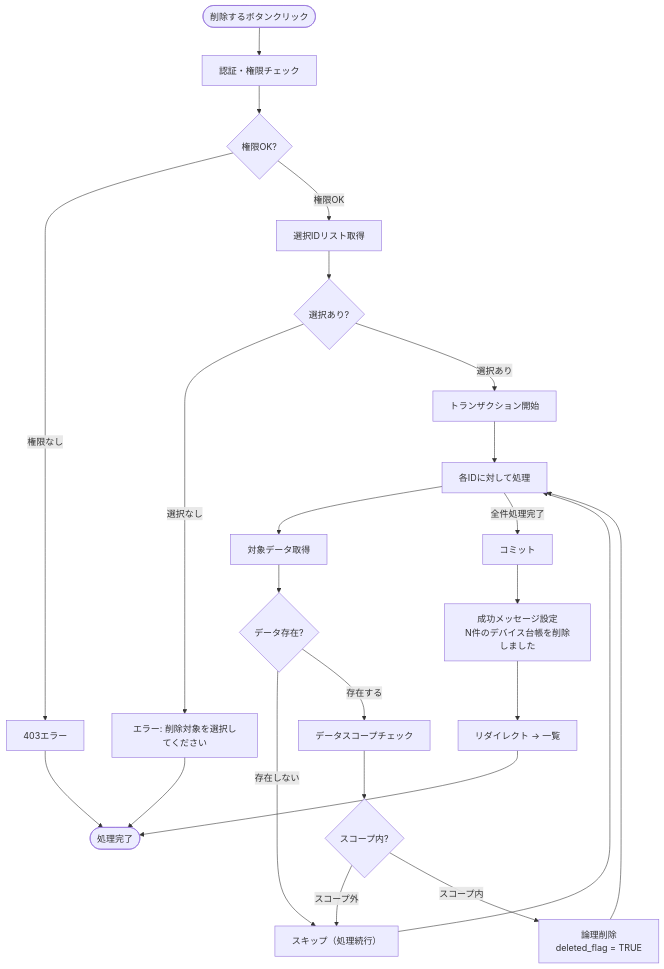
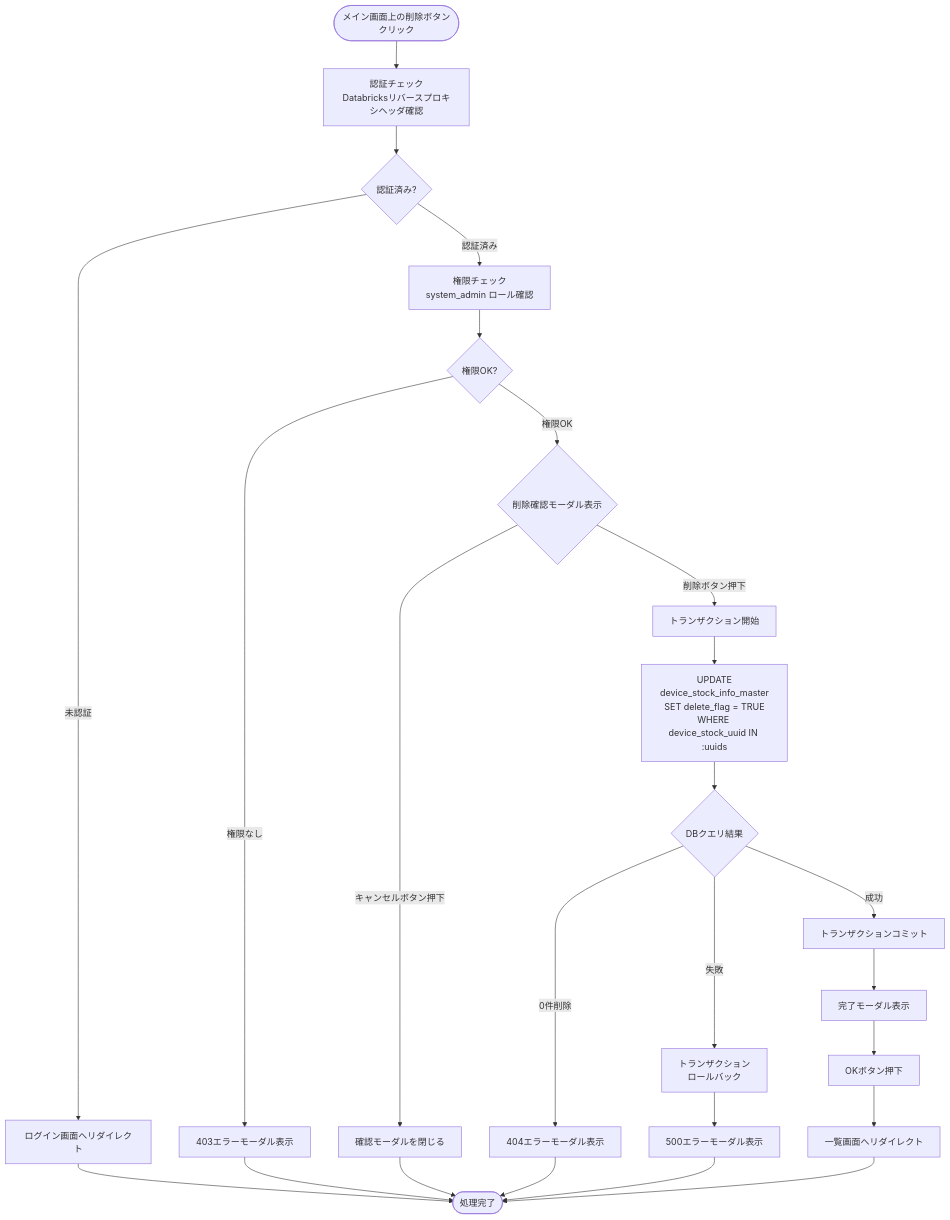
The seventh of 9 diagrams in docs/03-features/flask-app/device-inventory/workflow-specification.md (NSW-SVCP-AIWG002/Databricks-IoT), drawn with Mermaid before and after one commit. The commit also changed other lines of this file and 4 other files, not shown here.

````diff
--- a/docs/03-features/flask-app/device-inventory/workflow-specification.md
+++ b/docs/03-features/flask-app/device-inventory/workflow-specification.md
@@ -667,35 +685,33 @@
 ```mermaid
 flowchart TD
-    Start([削除するボタンクリック]) --> Auth[認証・権限チェック]
-    Auth --> CheckPerm{権限OK?}
-    CheckPerm -->|権限なし| Error403[403エラー]
+    Start([メイン画面上の削除ボタン<br>クリック]) --> Auth[認証チェック<br>Databricksリバースプロキシヘッダ確認]
+    Auth --> CheckAuth{認証済み?}
+    CheckAuth -->|未認証| Error401[ログイン画面へリダイレクト]
+    Error401 --> End([処理完了])
 
-    CheckPerm -->|権限OK| CheckIds[選択IDリスト取得]
-    CheckIds --> CheckEmpty{選択あり?}
+    CheckAuth -->|認証済み| Permission[権限チェック<br>system_admin ロール確認]
+    Permission --> CheckPerm{権限OK?}
+    CheckPerm -->|権限なし| Error403[403エラーモーダル表示]
+    Error403 --> End
 
-    CheckEmpty -->|選択なし| Error400[エラー: 削除対象を選択してください]
+    CheckPerm -->|権限OK| OpenModal{削除確認モーダル表示}
+    OpenModal -->|キャンセルボタン押下| CloseModal[確認モーダルを閉じる]
+    CloseModal --> End
 
-    CheckEmpty -->|選択あり| BeginTx[トランザクション開始]
-    BeginTx --> Loop[各IDに対して処理]
-    Loop --> Query[対象データ取得]
-    Query --> CheckDB{データ存在?}
+    OpenModal -->|削除ボタン押下| StartTx[トランザクション開始]
+    StartTx --> Delete[UPDATE<br>device_stock_info_master<br>SET delete_flag = TRUE<br>WHERE device_stock_uuid IN :uuids]
+    Delete --> Query{DBクエリ結果}
 
-    CheckDB -->|存在しない| Skip[スキップ（処理続行）]
-    Skip --> Loop
+    Query -->|0件削除| Error404[404エラーモーダル表示]
+    Error404 --> End
 
-    CheckDB -->|存在する| ScopeCheck[データスコープチェック]
-    ScopeCheck --> ScopeResult{スコープ内?}
+    Query -->|失敗| Rollback[トランザクション<br>ロールバック]
+    Rollback --> Error500[500エラーモーダル表示]
+    Error500 --> End
 
-    ScopeResult -->|スコープ外| Skip
-
-    ScopeResult -->|スコープ内| Update[論理削除<br>deleted_flag = TRUE]
-    Update --> Loop
-
-    Loop -->|全件処理完了| Commit[コミット]
-    Commit --> Flash[成功メッセージ設定<br>N件のデバイス台帳を削除しました]
-    Flash --> Redirect[リダイレクト → 一覧]
-
-    Error403 --> End([処理完了])
-    Error400 --> End
+    Query -->|成功| Commit[トランザクションコミット]
+    Commit --> ShowModal[完了モーダル表示]
+    ShowModal --> ClickOK[OKボタン押下]
+    ClickOK --> Redirect[一覧画面へリダイレクト]
     Redirect --> End
 ```
````
